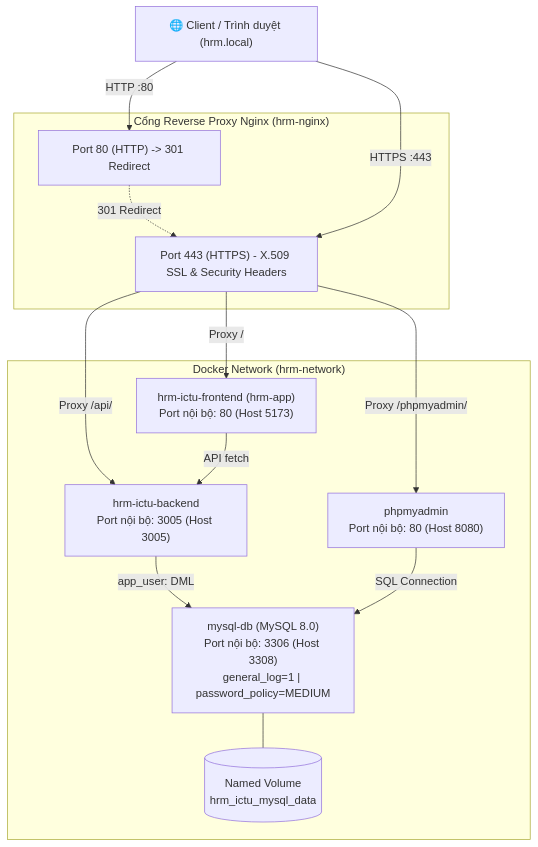
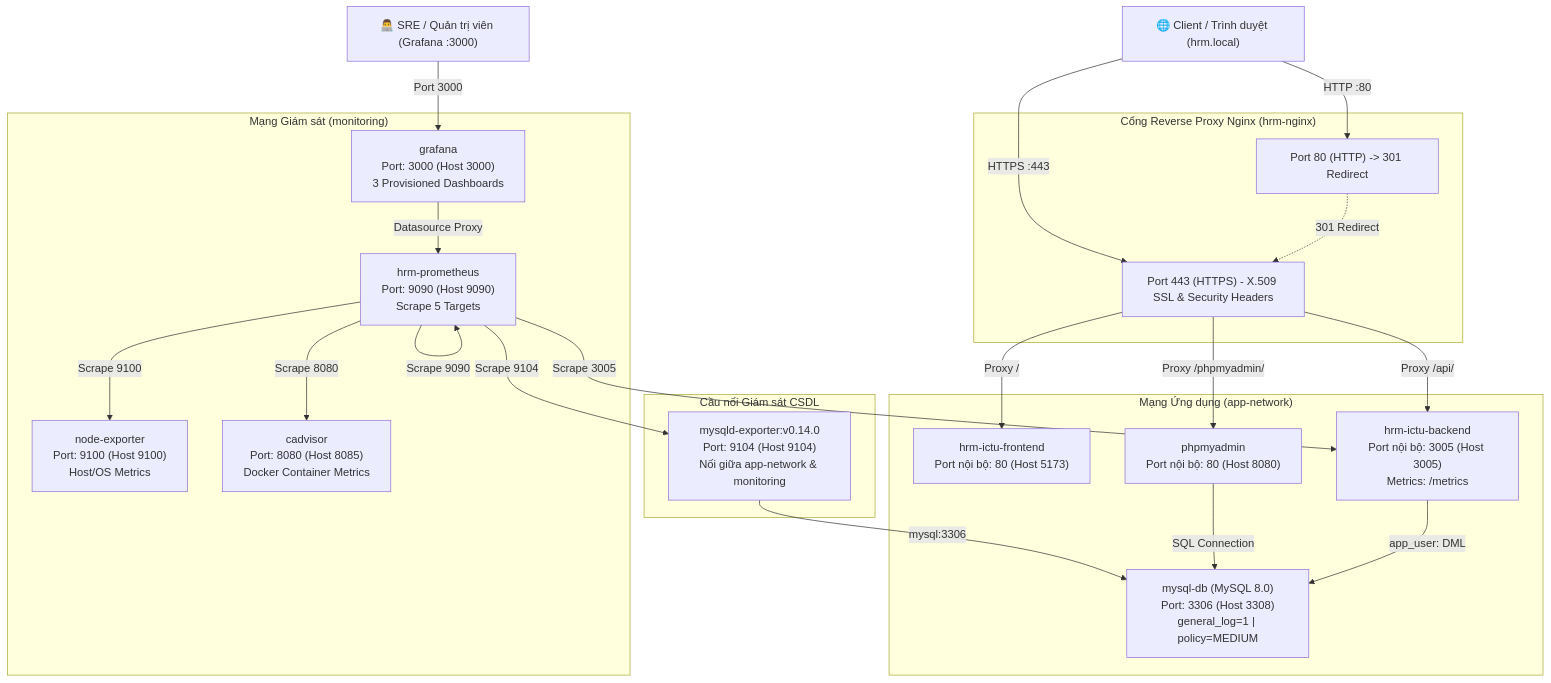
One commit to mrminh836/He_Thong_Quan_Ly_Nhan_Su_ICTU changed the diagram in README.md. Above: the diagram before and after it, drawn with Mermaid. The commit also changed other lines of this file and 1 other file, not shown here.

````diff
--- a/README.md
+++ b/README.md
@@ -31,30 +34,48 @@
 ```mermaid
 graph TD
-    User["🌐 Client / Trình duyệt (hrm.local)"]
+    Client["🌐 Client / Trình duyệt (hrm.local)"]
+    Admin["👨‍💻 SRE / Quản trị viên (Grafana :3000)"]
     
     subgraph Gateway ["Cổng Reverse Proxy Nginx (hrm-nginx)"]
         HTTP["Port 80 (HTTP) -> 301 Redirect"]
         HTTPS["Port 443 (HTTPS) - X.509 SSL & Security Headers"]
     end
     
-    subgraph DockerNet ["Docker Network (hrm-network)"]
-        FE["hrm-ictu-frontend (hrm-app)<br/>Port nội bộ: 80 (Host 5173)"]
-        BE["hrm-ictu-backend<br/>Port nội bộ: 3005 (Host 3005)"]
+    subgraph AppNetwork ["Mạng Ứng dụng (app-network)"]
+        FE["hrm-ictu-frontend<br/>Port nội bộ: 80 (Host 5173)"]
+        BE["hrm-ictu-backend<br/>Port nội bộ: 3005 (Host 3005)<br/>Metrics: /metrics"]
         PMA["phpmyadmin<br/>Port nội bộ: 80 (Host 8080)"]
-        DB["mysql-db (MySQL 8.0)<br/>Port nội bộ: 3306 (Host 3308)<br/>general_log=1 | password_policy=MEDIUM"]
-        VOL[("Named Volume<br/>hrm_ictu_mysql_data")]
+        DB["mysql-db (MySQL 8.0)<br/>Port: 3306 (Host 3308)<br/>general_log=1 | policy=MEDIUM"]
     end
     
-    User -->|HTTP :80| HTTP
+    subgraph MonitoringNetwork ["Mạng Giám sát (monitoring)"]
+        EXP_NODE["node-exporter<br/>Port: 9100 (Host 9100)<br/>Host/OS Metrics"]
+        CADVISOR["cadvisor<br/>Port: 8080 (Host 8085)<br/>Docker Container Metrics"]
+        PROM["hrm-prometheus<br/>Port: 9090 (Host 9090)<br/>Scrape 5 Targets"]
+        GRAF["grafana<br/>Port: 3000 (Host 3000)<br/>3 Provisioned Dashboards"]
+    end
+
+    subgraph Bridge ["Cầu nối Giám sát CSDL"]
+        EXP_MYSQL["mysqld-exporter:v0.14.0<br/>Port: 9104 (Host 9104)<br/>Nối giữa app-network & monitoring"]
+    end
+    
+    Client -->|HTTP :80| HTTP
     HTTP -.->|301 Redirect| HTTPS
-    User -->|HTTPS :443| HTTPS
+    Client -->|HTTPS :443| HTTPS
     
     HTTPS -->|Proxy /| FE
     HTTPS -->|Proxy /api/| BE
     HTTPS -->|Proxy /phpmyadmin/| PMA
     
-    FE -->|API fetch| BE
     BE -->|app_user: DML| DB
     PMA -->|SQL Connection| DB
-    DB --- VOL
+    EXP_MYSQL -->|mysql:3306| DB
+
+    Admin -->|Port 3000| GRAF
+    GRAF -->|Datasource Proxy| PROM
+    PROM -->|Scrape 9090| PROM
+    PROM -->|Scrape 9100| EXP_NODE
+    PROM -->|Scrape 8080| CADVISOR
+    PROM -->|Scrape 9104| EXP_MYSQL
+    PROM -->|Scrape 3005| BE
 ```
````
